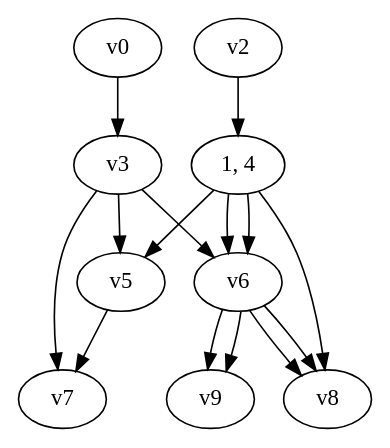
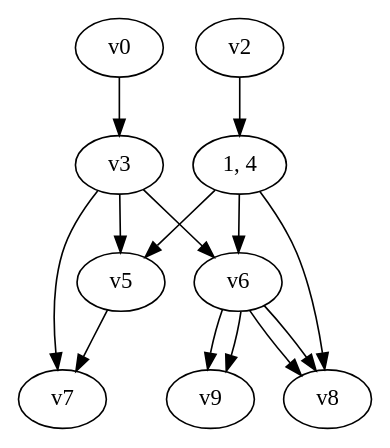
The diagram in tmp.dot (yadej/graph_project), drawn with Graphviz before and after one commit. The commit also changed 5 other files, not shown here.

```diff
--- a/tmp.dot
+++ b/tmp.dot
@@ -1,16 +1,15 @@
 digraph G { 
 v1 [label="1, 4"]; 
 v0 -> v3;
 v1 -> v5 -> v7;
 v1 -> v8;
-v1 -> v6;
 v1 -> v6;
 v2 -> v1;
 v3 -> v5;
 v3 -> v6;
 v3 -> v7;
 v6 -> v8;
 v6 -> v8;
 v6 -> v9;
 v6 -> v9;
 }
```
